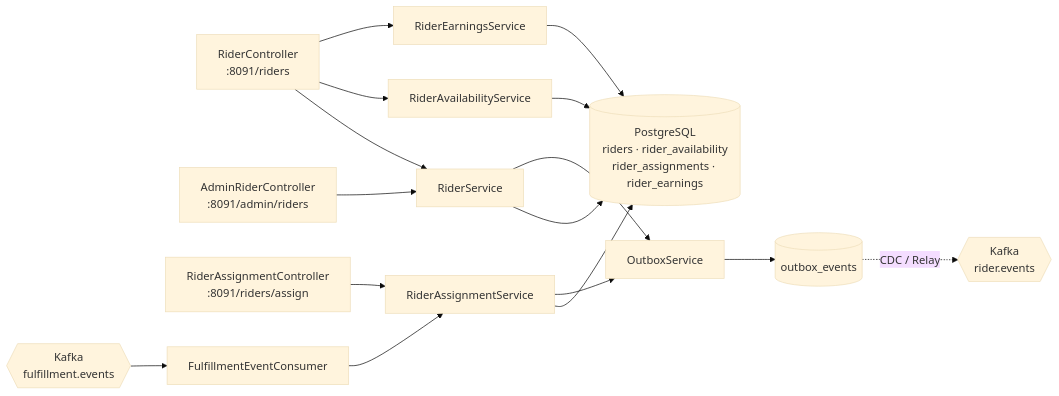
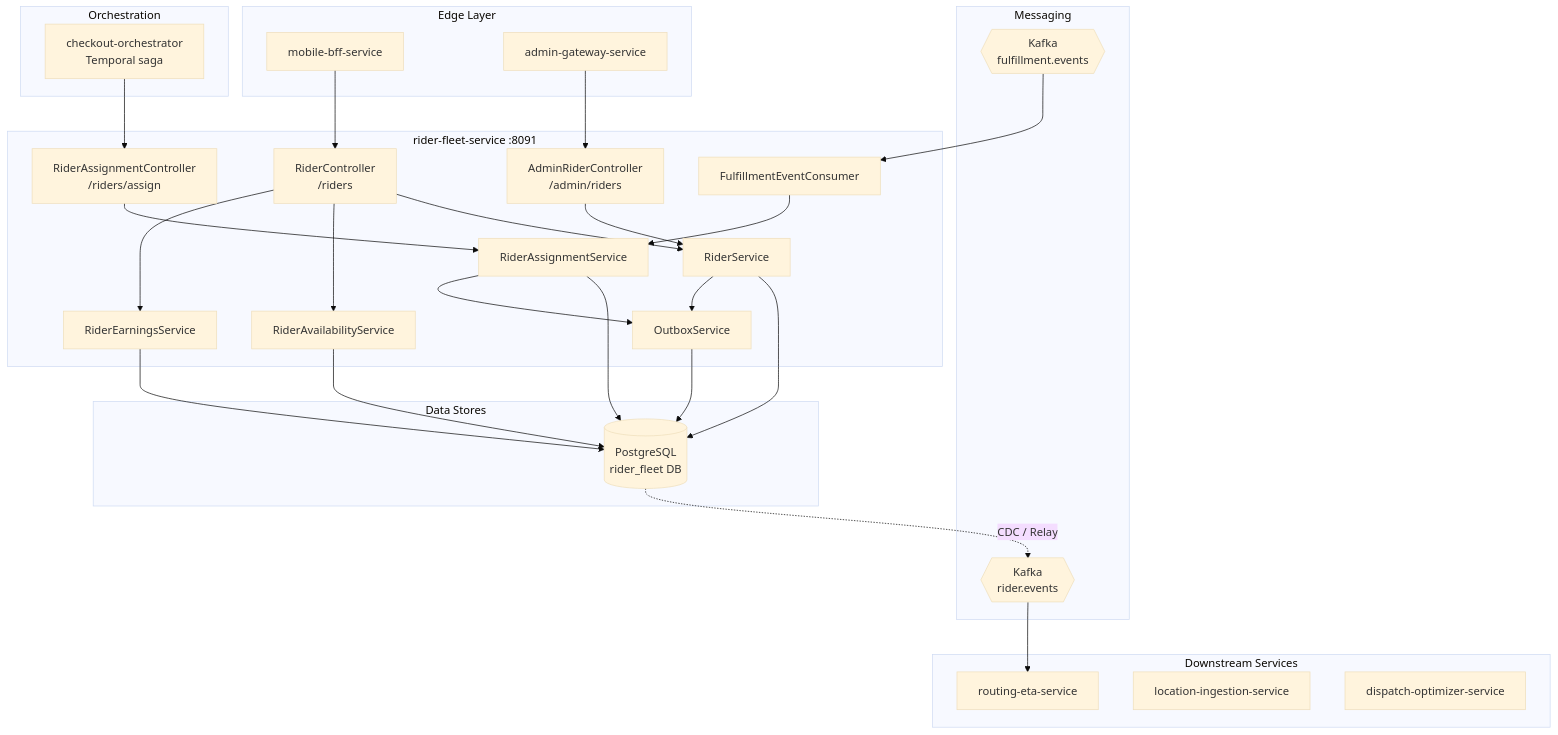
One commit to sunitakeazycommerz-a11y/InstaCommerce changed the first of 5 diagrams in services/rider-fleet-service/README.md. Above: the diagram before and after it, drawn with Mermaid (base theme). The commit also changed other lines of this file and 2 other files, not shown here.

Commit message:
docs(logistics): deepen dark-store service guides

````diff
--- a/services/rider-fleet-service/README.md
+++ b/services/rider-fleet-service/README.md
@@ -9,18 +79,61 @@
 ```mermaid
-graph LR
-    RC[RiderController<br/>:8091/riders] --> RS[RiderService]
-    ARC[AdminRiderController<br/>:8091/admin/riders] --> RS
-    RAC[RiderAssignmentController<br/>:8091/riders/assign] --> RAS[RiderAssignmentService]
-    RC --> RAVS[RiderAvailabilityService]
-    RC --> RES[RiderEarningsService]
-    RAS --> REPO[(PostgreSQL<br/>riders · rider_availability<br/>rider_assignments · rider_earnings)]
-    RS --> REPO
-    RAVS --> REPO
-    RES --> REPO
-    RS --> OB[OutboxService]
-    RAS --> OB
-    OB --> OBT[(outbox_events)]
-    OBT -.->|CDC / Relay| K{{Kafka<br/>rider.events}}
-    FK{{Kafka<br/>fulfillment.events}} --> FEC[FulfillmentEventConsumer]
+graph TB
+    subgraph "Edge Layer"
+        MBFF[mobile-bff-service]
+        AGW[admin-gateway-service]
+    end
+
+    subgraph "Orchestration"
+        CO[checkout-orchestrator<br/>Temporal saga]
+    end
+
+    subgraph "rider-fleet-service :8091"
+        RC[RiderController<br/>/riders]
+        ARC[AdminRiderController<br/>/admin/riders]
+        RAC[RiderAssignmentController<br/>/riders/assign]
+        RS[RiderService]
+        RAS[RiderAssignmentService]
+        RAVS[RiderAvailabilityService]
+        RES[RiderEarningsService]
+        OBS[OutboxService]
+        FEC[FulfillmentEventConsumer]
+    end
+
+    subgraph "Data Stores"
+        PG[(PostgreSQL<br/>rider_fleet DB)]
+    end
+
+    subgraph "Messaging"
+        KF_IN{{Kafka<br/>fulfillment.events}}
+        KF_OUT{{Kafka<br/>rider.events}}
+    end
+
+    subgraph "Downstream Services"
+        RES_SVC[routing-eta-service]
+        LIS[location-ingestion-service]
+        DOS[dispatch-optimizer-service]
+    end
+
+    MBFF --> RC
+    AGW --> ARC
+    CO --> RAC
+
+    RC --> RS
+    RC --> RAVS
+    RC --> RES
+    ARC --> RS
+    RAC --> RAS
+
+    RS --> PG
+    RAS --> PG
+    RAVS --> PG
+    RES --> PG
+    RS --> OBS
+    RAS --> OBS
+    OBS --> PG
+
+    PG -.->|CDC / Relay| KF_OUT
+    KF_IN --> FEC
     FEC --> RAS
+    KF_OUT --> RES_SVC
 ```
````
